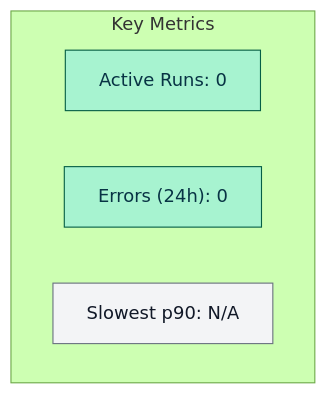
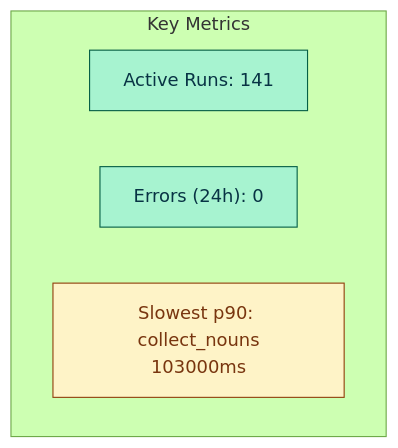
One commit to iog-creator/Gemantria changed the diagram in docs/atlas/kpis.mmd. Above: the diagram before and after it, drawn with Mermaid (forest theme). The commit also changed 43 other files, not shown here.

````diff
--- a/docs/atlas/kpis.mmd
+++ b/docs/atlas/kpis.mmd
@@ -1,16 +1,16 @@
 ```mermaid
 flowchart TD
   %% KPIs - Key Performance Indicators
   subgraph KPIS[Key Metrics]
-    ACTIVE["Active Runs: 0"]:::green
+    ACTIVE["Active Runs: 141"]:::green
     ERRORS["Errors (24h): 0"]:::green
-    SLOWEST["Slowest p90: N/A"]:::grey
+    SLOWEST["Slowest p90: collect_nouns<br/>103000ms"]:::yellow
   end
   click ACTIVE "/evidence/kpis.html" "View active runs"
   click ERRORS "/evidence/kpis.html" "View errors"
   click SLOWEST "/evidence/kpis.html" "View latency details"
   classDef green fill:#a7f3d0,stroke:#065f46,color:#083344,stroke-width:1px;
   classDef red fill:#fecaca,stroke:#7f1d1d,color:#111827,stroke-width:1px;
   classDef yellow fill:#fef3c7,stroke:#92400e,color:#78350f,stroke-width:1px;
   classDef grey fill:#f3f4f6,stroke:#6b7280,color:#111827,stroke-width:1px;
 ```
````
